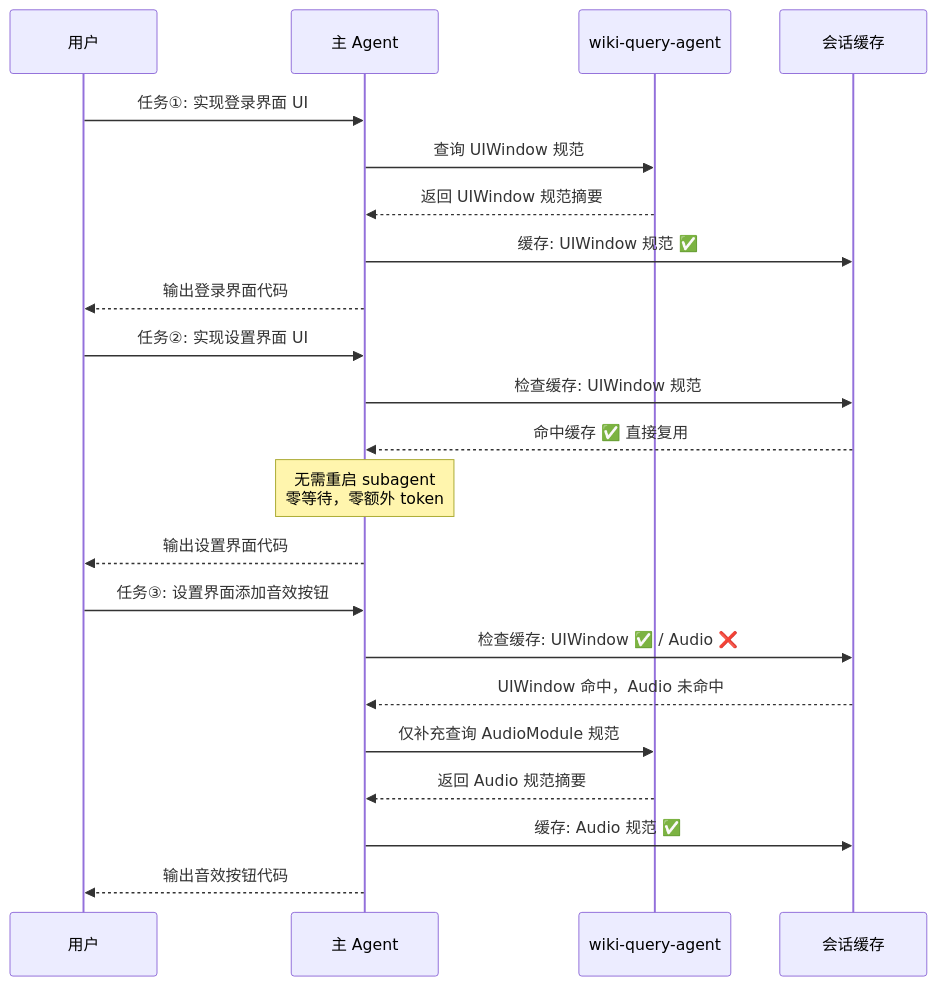
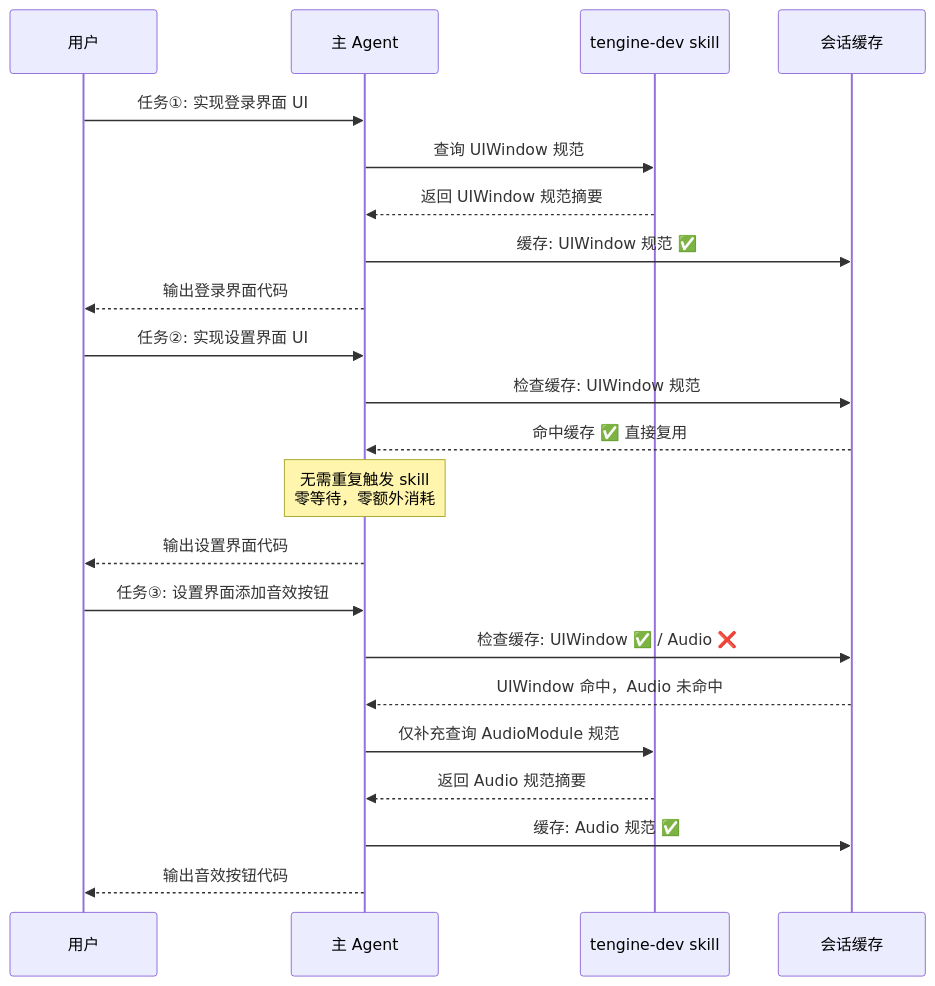
The third of 14 diagrams in Books/AI-Development-Workflow.md (tpxxn/TEngine), drawn with Mermaid before and after one commit. The commit also changed other lines of this file and 3 other files, not shown here.

First line of the commit message:
Switch docs from wiki-query-agent to tengine-dev skill

````diff
--- a/Books/AI-Development-Workflow.md
+++ b/Books/AI-Development-Workflow.md
@@ -181,27 +176,27 @@
 ```mermaid
 sequenceDiagram
     participant U as 用户
     participant M as 主 Agent
-    participant S as wiki-query-agent
+    participant S as tengine-dev skill
     participant C as 会话缓存
 
     U->>M: 任务①: 实现登录界面 UI
     M->>S: 查询 UIWindow 规范
     S-->>M: 返回 UIWindow 规范摘要
     M->>C: 缓存: UIWindow 规范 ✅
     M-->>U: 输出登录界面代码
 
     U->>M: 任务②: 实现设置界面 UI
     M->>C: 检查缓存: UIWindow 规范
     C-->>M: 命中缓存 ✅ 直接复用
-    Note over M: 无需重启 subagent<br/>零等待，零额外 token
+    Note over M: 无需重复触发 skill<br/>零等待，零额外消耗
     M-->>U: 输出设置界面代码
 
     U->>M: 任务③: 设置界面添加音效按钮
     M->>C: 检查缓存: UIWindow ✅ / Audio ❌
     C-->>M: UIWindow 命中，Audio 未命中
     M->>S: 仅补充查询 AudioModule 规范
     S-->>M: 返回 Audio 规范摘要
     M->>C: 缓存: Audio 规范 ✅
     M-->>U: 输出音效按钮代码
 ```
````
